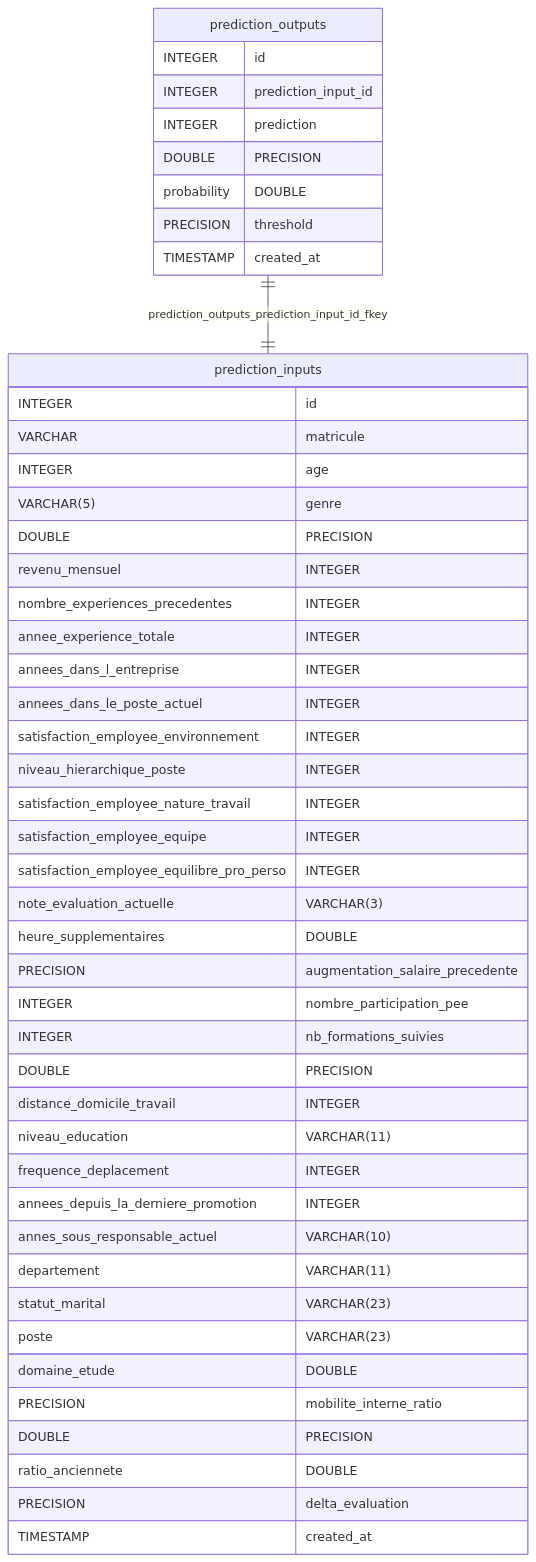
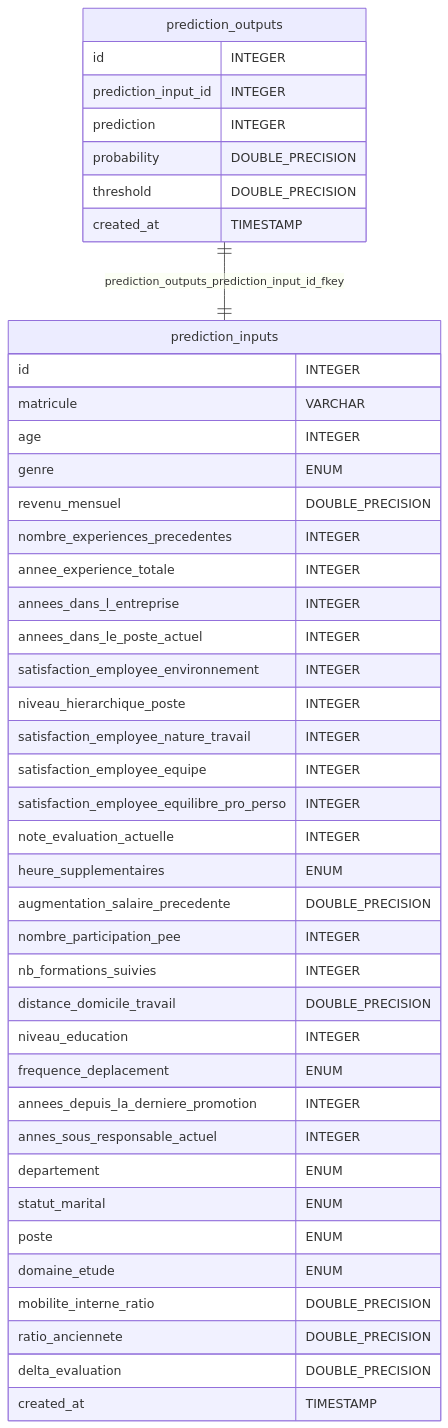
One commit to XavierCoulon/OC_P5_FUTURISYS_Deploy_a_model changed the first of 2 diagrams in README.md. Above: the diagram before and after it, drawn with Mermaid. The commit also changed 1 other file, not shown here.

Commit message:
bug : fix order of column in ERD

````diff
--- a/README.md
+++ b/README.md
@@ -31,46 +31,46 @@
 ```mermaid
 erDiagram
     prediction_inputs {
-        INTEGER id
-        VARCHAR matricule
-        INTEGER age
-        VARCHAR(5) genre
-        DOUBLE PRECISION revenu_mensuel
-        INTEGER nombre_experiences_precedentes
-        INTEGER annee_experience_totale
-        INTEGER annees_dans_l_entreprise
-        INTEGER annees_dans_le_poste_actuel
-        INTEGER satisfaction_employee_environnement
-        INTEGER niveau_hierarchique_poste
-        INTEGER satisfaction_employee_nature_travail
-        INTEGER satisfaction_employee_equipe
-        INTEGER satisfaction_employee_equilibre_pro_perso
-        INTEGER note_evaluation_actuelle
-        VARCHAR(3) heure_supplementaires
-        DOUBLE PRECISION augmentation_salaire_precedente
-        INTEGER nombre_participation_pee
-        INTEGER nb_formations_suivies
-        DOUBLE PRECISION distance_domicile_travail
-        INTEGER niveau_education
-        VARCHAR(11) frequence_deplacement
-        INTEGER annees_depuis_la_derniere_promotion
-        INTEGER annes_sous_responsable_actuel
-        VARCHAR(10) departement
-        VARCHAR(11) statut_marital
-        VARCHAR(23) poste
-        VARCHAR(23) domaine_etude
-        DOUBLE PRECISION mobilite_interne_ratio
-        DOUBLE PRECISION ratio_anciennete
-        DOUBLE PRECISION delta_evaluation
-        TIMESTAMP created_at
+        id INTEGER
+        matricule VARCHAR
+        age INTEGER
+        genre ENUM
+        revenu_mensuel DOUBLE_PRECISION
+        nombre_experiences_precedentes INTEGER
+        annee_experience_totale INTEGER
+        annees_dans_l_entreprise INTEGER
+        annees_dans_le_poste_actuel INTEGER
+        satisfaction_employee_environnement INTEGER
+        niveau_hierarchique_poste INTEGER
+        satisfaction_employee_nature_travail INTEGER
+        satisfaction_employee_equipe INTEGER
+        satisfaction_employee_equilibre_pro_perso INTEGER
+        note_evaluation_actuelle INTEGER
+        heure_supplementaires ENUM
+        augmentation_salaire_precedente DOUBLE_PRECISION
+        nombre_participation_pee INTEGER
+        nb_formations_suivies INTEGER
+        distance_domicile_travail DOUBLE_PRECISION
+        niveau_education INTEGER
+        frequence_deplacement ENUM
+        annees_depuis_la_derniere_promotion INTEGER
+        annes_sous_responsable_actuel INTEGER
+        departement ENUM
+        statut_marital ENUM
+        poste ENUM
+        domaine_etude ENUM
+        mobilite_interne_ratio DOUBLE_PRECISION
+        ratio_anciennete DOUBLE_PRECISION
+        delta_evaluation DOUBLE_PRECISION
+        created_at TIMESTAMP
     }
     prediction_outputs {
-        INTEGER id
-        INTEGER prediction_input_id
-        INTEGER prediction
-        DOUBLE PRECISION probability
-        DOUBLE PRECISION threshold
-        TIMESTAMP created_at
+        id INTEGER
+        prediction_input_id INTEGER
+        prediction INTEGER
+        probability DOUBLE_PRECISION
+        threshold DOUBLE_PRECISION
+        created_at TIMESTAMP
     }
-    prediction_outputs ||--|| prediction_inputs :prediction_outputs_prediction_input_id_fkey
+    prediction_outputs||--||prediction_inputs :prediction_outputs_prediction_input_id_fkey
 ```
````
